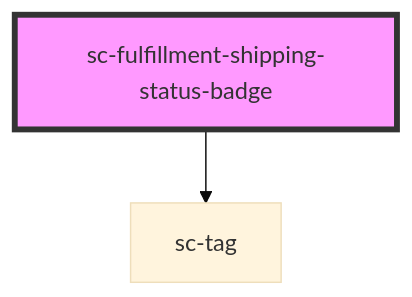
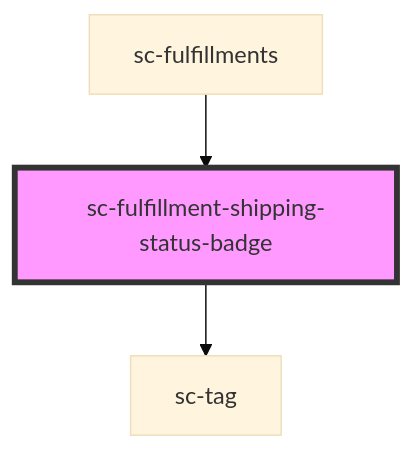
The diagram in packages/components/src/components/ui/fulfillment-shipping-status-badge/readme.md (surecart/surecart-wp-plugin), drawn with Mermaid (base theme) before and after one commit. The commit also changed other lines of this file and 29 other files, not shown here.

````diff
--- a/packages/components/src/components/ui/fulfillment-shipping-status-badge/readme.md
+++ b/packages/components/src/components/ui/fulfillment-shipping-status-badge/readme.md
@@ -25,5 +29,6 @@
 ```mermaid
 graph TD;
   sc-fulfillment-shipping-status-badge --> sc-tag
+  sc-fulfillments --> sc-fulfillment-shipping-status-badge
   style sc-fulfillment-shipping-status-badge fill:#f9f,stroke:#333,stroke-width:4px
 ```
````
